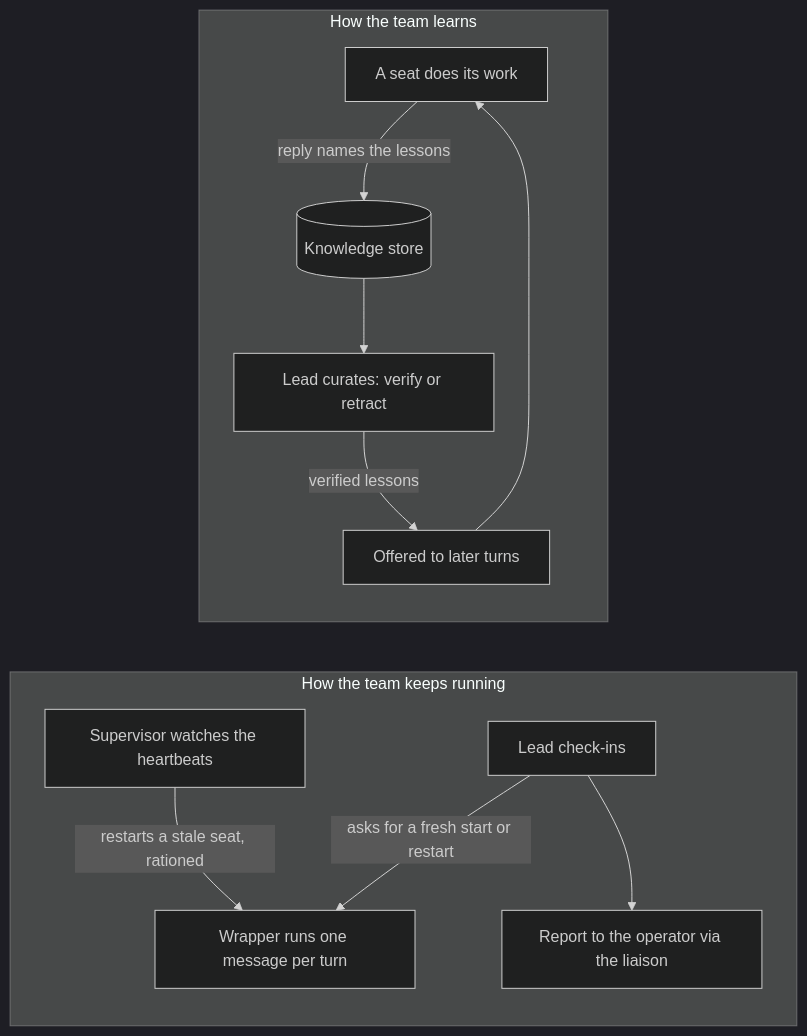
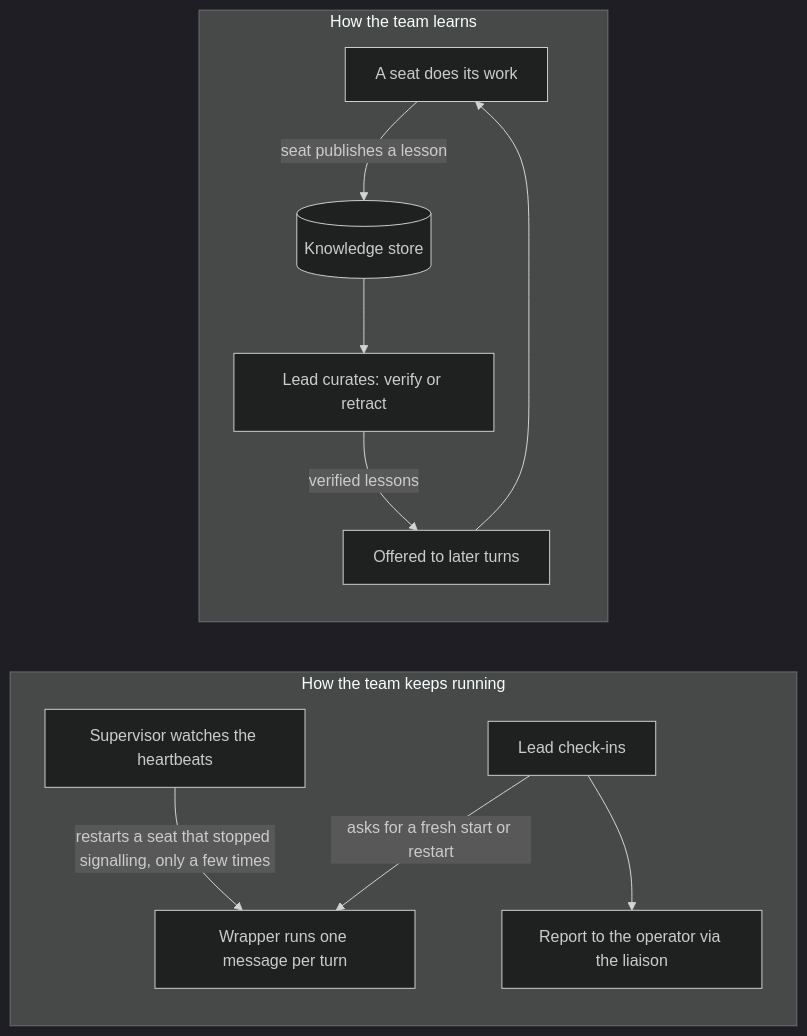
The fourth of 5 diagrams in docs/ROLES-SKILLS-PROCEDURES.md (zoolok17/agenttalk), drawn with Mermaid (dark theme) before and after one commit. The commit also changed other lines of this file, not shown here.

Commit message:
docs(roles): fix the diagrams after the read (final-read exceptions, probe wait, plain terms)

````diff
--- a/docs/ROLES-SKILLS-PROCEDURES.md
+++ b/docs/ROLES-SKILLS-PROCEDURES.md
@@ -93,17 +99,17 @@
 ```mermaid
 flowchart TB
     subgraph learn["How the team learns"]
         direction TB
-        WK["A seat does its work"] -->|"reply names the lessons"| ST[("Knowledge store")]
+        WK["A seat does its work"] -->|"seat publishes a lesson"| ST[("Knowledge store")]
         ST --> CU["Lead curates: verify or retract"]
         CU -->|"verified lessons"| NT["Offered to later turns"]
         NT --> WK
     end
     subgraph run["How the team keeps running"]
         direction TB
-        SU["Supervisor watches the heartbeats"] -->|"restarts a stale seat, rationed"| WR["Wrapper runs one message per turn"]
+        SU["Supervisor watches the heartbeats"] -->|"restarts a seat that stopped signalling, only a few times"| WR["Wrapper runs one message per turn"]
         CK["Lead check-ins"] -->|"asks for a fresh start or restart"| WR
         CK --> RP["Report to the operator via the liaison"]
     end
     learn ~~~ run
 ```
````
